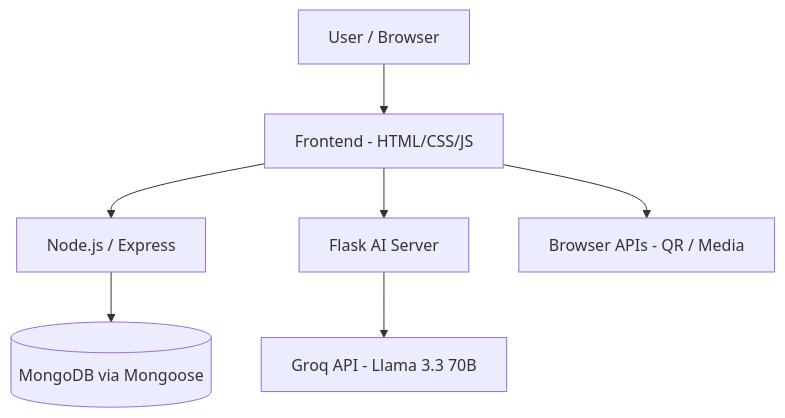
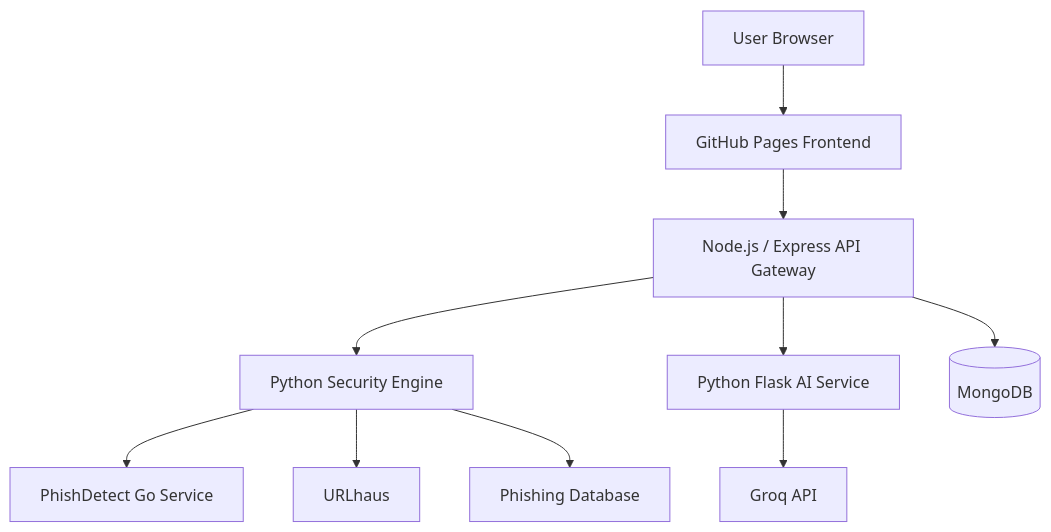
Before and after one commit to Satyamtiwari23/CyberSheild_Hub: the fourth of 5 diagrams in README.md, drawn with Mermaid. The commit also changed other lines of this file, not shown here.

````diff
--- a/README.md
+++ b/README.md
@@ -114,9 +248,16 @@
 ```mermaid
 flowchart TD
-  A[User / Browser] --> B[Frontend - HTML/CSS/JS]
-  B --> C[Node.js / Express]
-  B --> D[Flask AI Server]
-  B --> E[Browser APIs - QR / Media]
-  C --> F[(MongoDB via Mongoose)]
-  D --> G[Groq API - Llama 3.3 70B]
+  A[User Browser] --> B[GitHub Pages Frontend]
+
+  B --> C[Node.js / Express API Gateway]
+
+  C --> D[Python Security Engine]
+  D --> E[PhishDetect Go Service]
+  D --> F[URLhaus]
+  D --> G[Phishing Database]
+
+  C --> H[Python Flask AI Service]
+  H --> I[Groq API]
+
+  C --> J[(MongoDB)]
 ```
````
